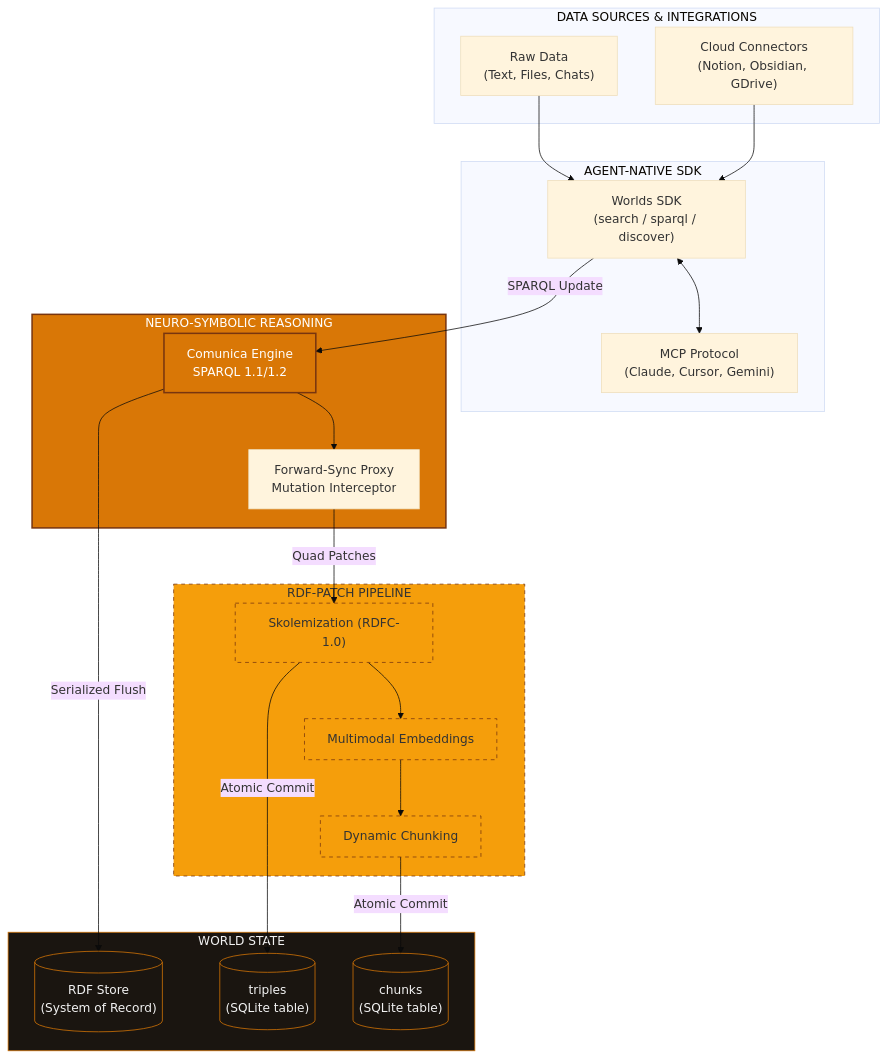
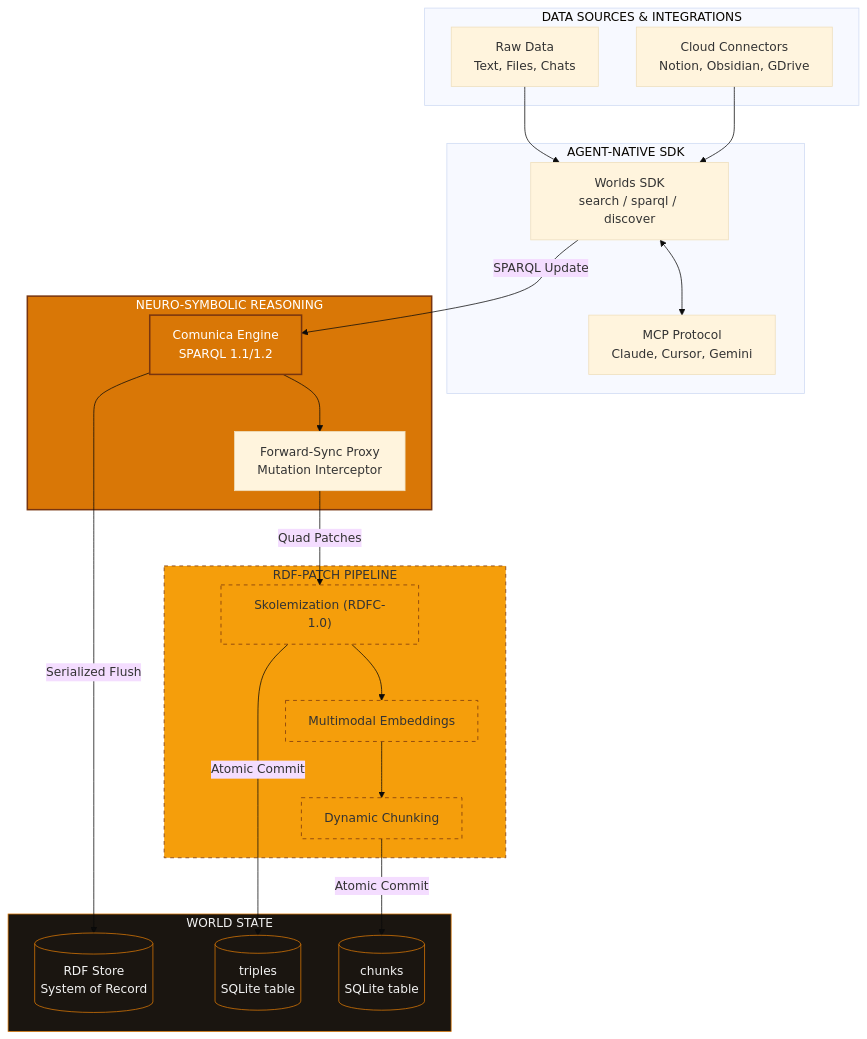
Before and after one commit to wazootech/worlds: the second of 4 diagrams in packages/docs/overview/architecture.mdx, drawn with Mermaid (base theme). The commit also changed other lines of this file and 35 other files, not shown here.

````diff
--- a/packages/docs/overview/architecture.mdx
+++ b/packages/docs/overview/architecture.mdx
@@ -76,56 +76,56 @@
 ```mermaid
 flowchart TD
     %% Global Styling
     classDef engine fill:#D97706,stroke:#78350F,stroke-width:2px,color:#fff;
     classDef persistence fill:#1a1510,stroke:#D97706,stroke-width:1px,color:#f2f2f2;
     classDef process fill:#F59E0B,stroke:#78350F,stroke-dasharray: 5 5,color:#333;
 
     subgraph Sources ["DATA SOURCES & INTEGRATIONS"]
-        RAW["Raw Data<br/>(Text, Files, Chats)"]
-        CLOUD["Cloud Connectors<br/>(Notion, Obsidian, GDrive)"]
+        RAW["Raw Data<br/>Text, Files, Chats"]
+        CLOUD["Cloud Connectors<br/>Notion, Obsidian, GDrive"]
     end
 
     subgraph Ingestion ["AGENT-NATIVE SDK"]
-        SDK["Worlds SDK<br/>(search / sparql / discover)"]
-        MCP["MCP Protocol<br/>(Claude, Cursor, Gemini)"]
+        SDK["Worlds SDK<br/>search / sparql / discover"]
+        MCP["MCP Protocol<br/>Claude, Cursor, Gemini"]
     end
 
     subgraph Core ["NEURO-SYMBOLIC REASONING"]
         SPARQL["Comunica Engine<br/>SPARQL 1.1/1.2"]
         PROXY["Forward-Sync Proxy<br/>Mutation Interceptor"]
     end
 
     subgraph Pipeline ["RDF-PATCH PIPELINE"]
         SKOLEM["Skolemization (RDFC-1.0)"]
         EMBED["Multimodal Embeddings"]
         CHUNK["Dynamic Chunking"]
     end
 
     subgraph State ["WORLD STATE"]
-        BLOBS[("RDF Store<br/>(System of Record)")]
-        TRIPLES[("triples<br/>(SQLite table)")]
-        CHUNKS[("chunks<br/>(SQLite table)")]
+        BLOBS[("RDF Store<br/>System of Record")]
+        TRIPLES[("triples<br/>SQLite table")]
+        CHUNKS[("chunks<br/>SQLite table")]
     end
 
     %% Data Flow
     RAW --> SDK
     CLOUD --> SDK
     SDK <--> MCP
 
     SDK -->|SPARQL Update| SPARQL
     SPARQL --> PROXY
 
     PROXY -->|Quad Patches| SKOLEM
     SKOLEM --> EMBED
     EMBED --> CHUNK
 
     SKOLEM -->|Atomic Commit| TRIPLES
     CHUNK -->|Atomic Commit| CHUNKS
 
     SPARQL -->|Serialized Flush| BLOBS
 
     %% Assignments
     class Core,SPARQL,N3 engine;
     class State,BLOBS,TRIPLES,CHUNKS persistence;
     class Pipeline,SKOLEM,EMBED,CHUNK process;
 ```
````
